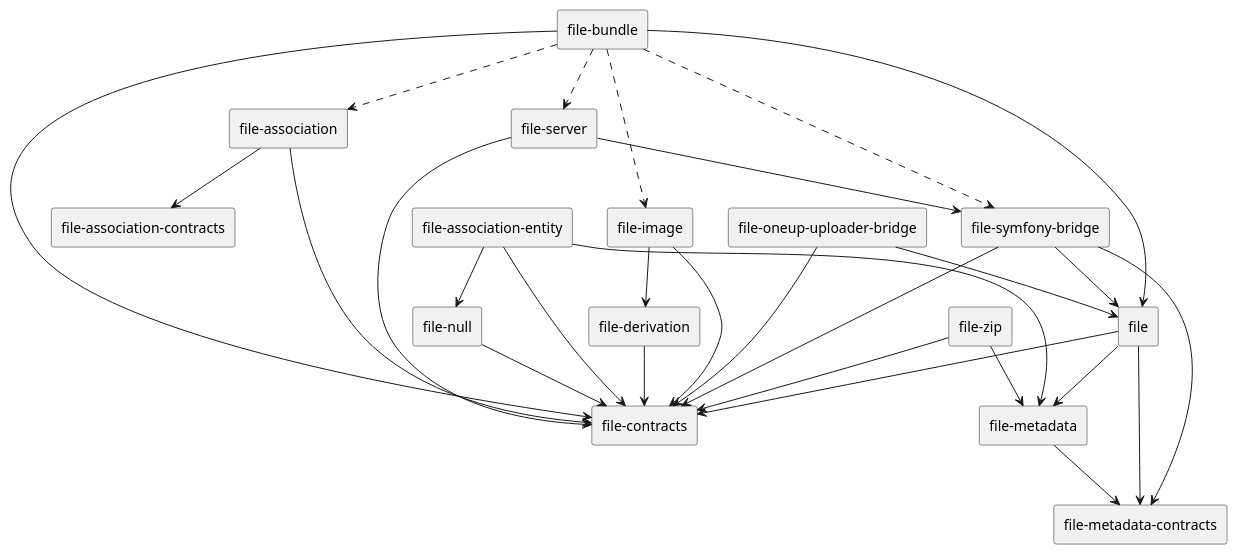
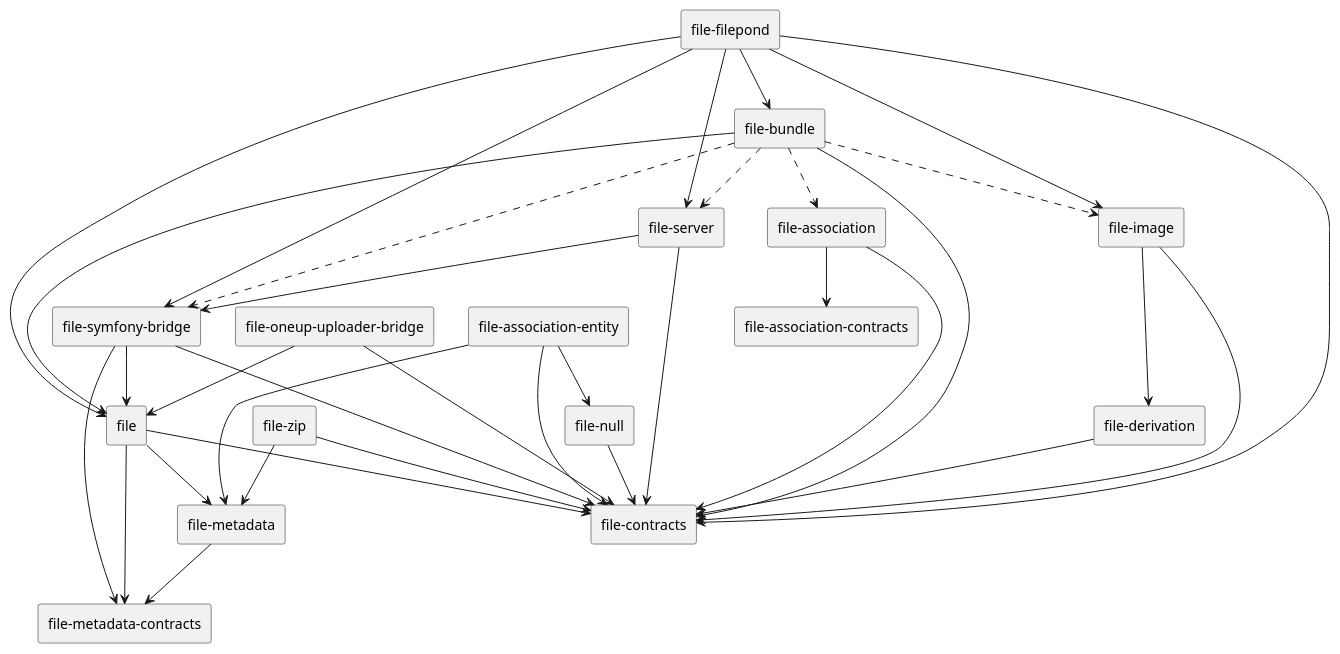
One commit to rekalogika/rekalogika.dev changed the diagram in diagrams/file-components.wsd. Above: the diagram before and after it, drawn with PlantUML. The commit also changed 2 other files, not shown here.

Commit message:
filepond updates

```diff
--- a/diagrams/file-components.wsd
+++ b/diagrams/file-components.wsd
@@ -1,34 +1,40 @@
 @startuml file-components
 
 skinparam componentStyle rectangle
 
 [file] --> [file-contracts]
 [file] --> [file-metadata-contracts]
 [file] --> [file-metadata]
 [file-association] --> [file-association-contracts]
 [file-association] --> [file-contracts]
 [file-bundle] --> [file]
 [file-bundle] --> [file-contracts]
 [file-bundle] ..> [file-image]
 [file-bundle] ..> [file-association]
 [file-bundle] ..> [file-server]
 [file-bundle] ..> [file-symfony-bridge]
 [file-derivation] --> [file-contracts]
 [file-image] --> [file-contracts]
 [file-image] --> [file-derivation]
 [file-oneup-uploader-bridge] --> [file-contracts]
 [file-oneup-uploader-bridge] --> [file]
 [file-server] --> [file-contracts]
 [file-server] --> [file-symfony-bridge]
 [file-symfony-bridge] --> [file]
 [file-symfony-bridge] --> [file-contracts]
 [file-symfony-bridge] --> [file-metadata-contracts]
 [file-association-entity] --> [file-contracts]
 [file-association-entity] --> [file-metadata]
 [file-association-entity] --> [file-null]
 [file-metadata] --> [file-metadata-contracts]
 [file-null] --> [file-contracts]
 [file-zip] --> [file-contracts]
 [file-zip] --> [file-metadata]
+[file-filepond] --> [file]
+[file-filepond] --> [file-bundle]
+[file-filepond] --> [file-contracts]
+[file-filepond] --> [file-image]
+[file-filepond] --> [file-server]
+[file-filepond] --> [file-symfony-bridge]
 
 @enduml
```
